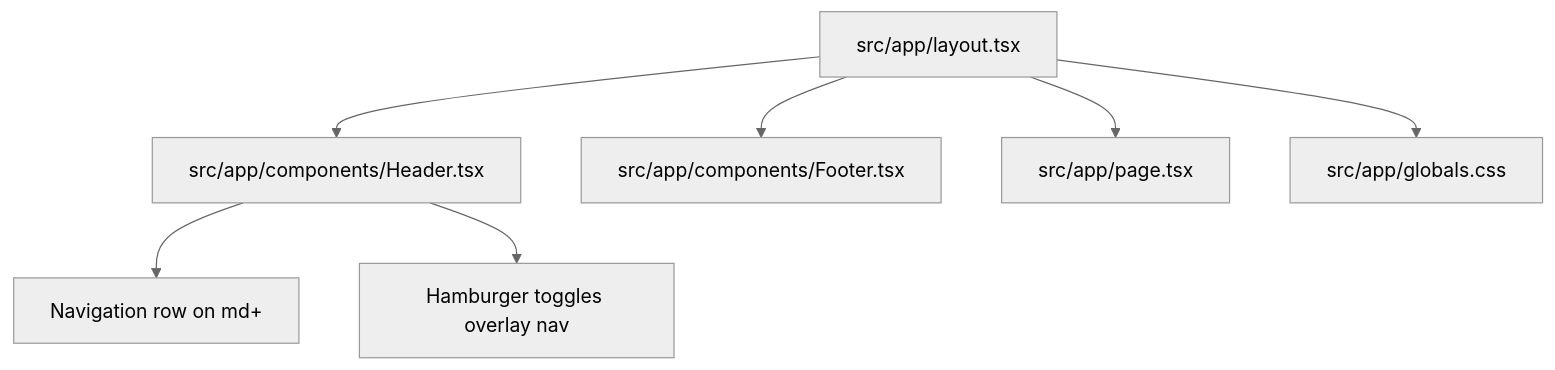
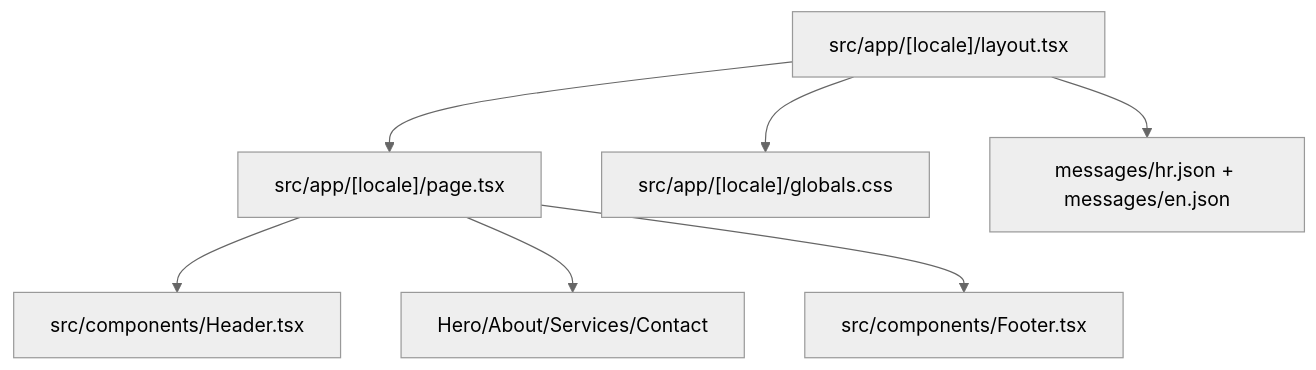
The diagram in lode/summary.md (ipavic933-spec/website-pavic), drawn with Mermaid (neutral theme) before and after one commit. The commit also changed other lines of this file and 5 other files, not shown here.

````diff
--- a/lode/summary.md
+++ b/lode/summary.md
@@ -11,9 +12,9 @@
 ```mermaid
 graph TD
-  Layout["src/app/layout.tsx"] --> Header["src/app/components/Header.tsx"]
-  Layout --> Footer["src/app/components/Footer.tsx"]
-  Layout --> Page["src/app/page.tsx"]
-  Layout --> Globals["src/app/globals.css"]
-  Header --> DesktopNav["Navigation row on md+"]
-  Header --> MobileNav["Hamburger toggles overlay nav"]
+  Layout["src/app/[locale]/layout.tsx"] --> Page["src/app/[locale]/page.tsx"]
+  Layout --> Globals["src/app/[locale]/globals.css"]
+  Page --> Header["src/components/Header.tsx"]
+  Page --> Sections["Hero/About/Services/Contact"]
+  Page --> Footer["src/components/Footer.tsx"]
+  Layout --> Messages["messages/hr.json + messages/en.json"]
 ```
````
